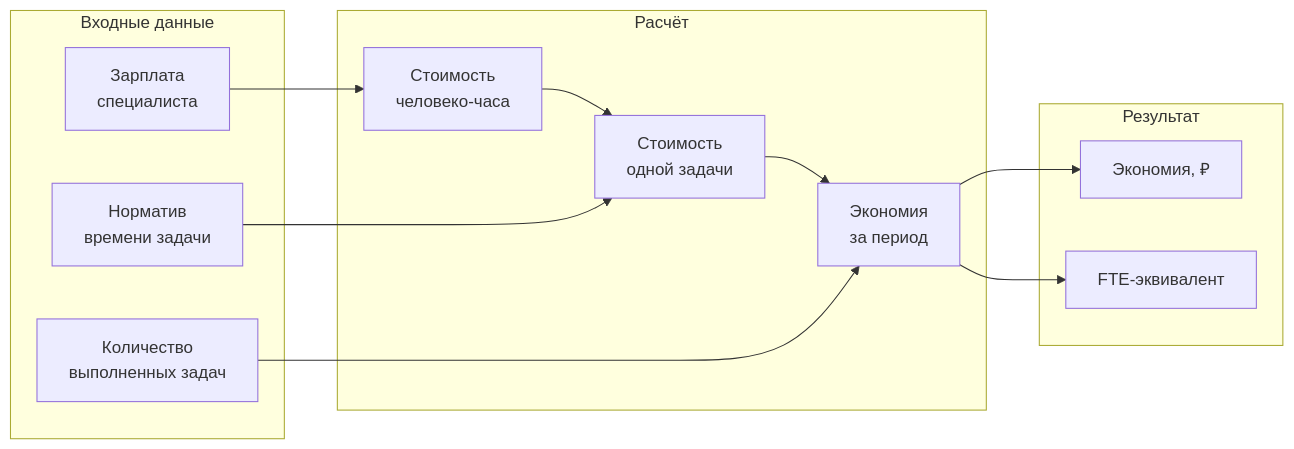
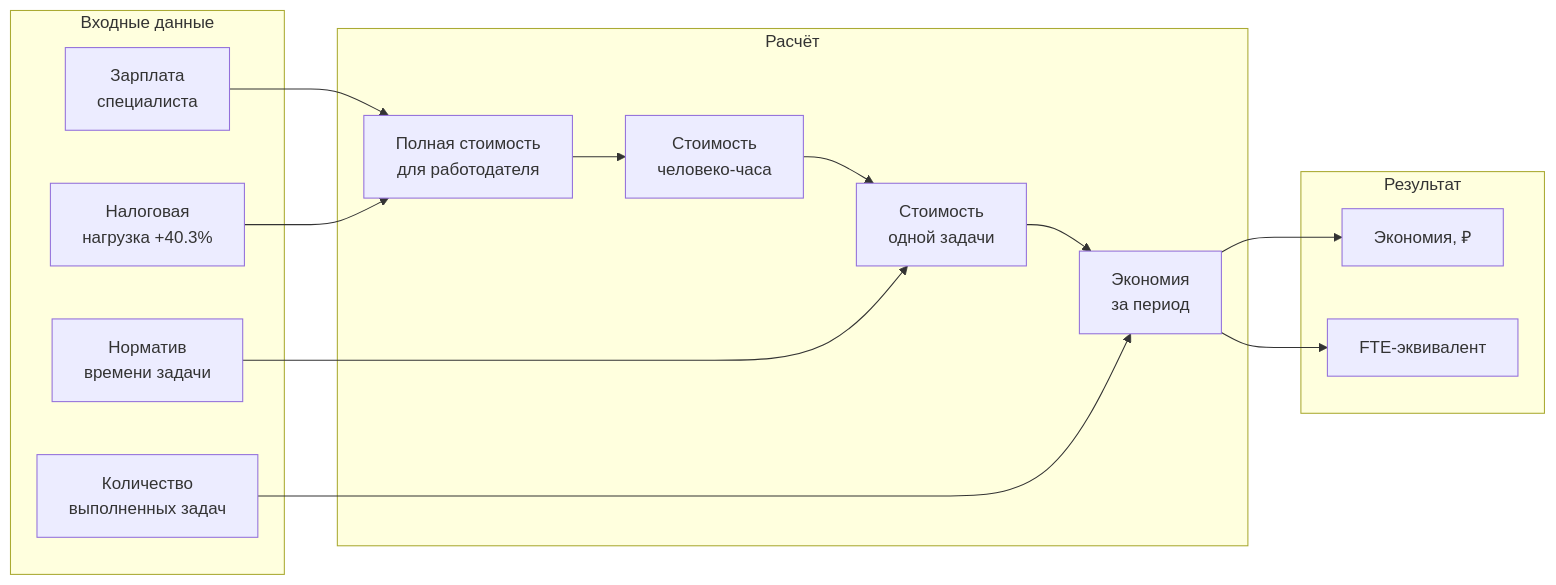
One commit to Sign25/Docs changed the first of 4 diagrams in office/adolf_office_9_efficiency.md. Above: the diagram before and after it, drawn with Mermaid. The commit also changed other lines of this file, not shown here.

Commit message:
Update Office section 9: v1.1 — add tax +40.3%, T_norm +30%

````diff
--- a/office/adolf_office_9_efficiency.md
+++ b/office/adolf_office_9_efficiency.md
@@ -21,27 +22,31 @@
 ```mermaid
 graph LR
     subgraph INPUT["Входные данные"]
         SALARY["Зарплата<br/>специалиста"]
+        TAX["Налоговая<br/>нагрузка +40.3%"]
         NORM["Норматив<br/>времени задачи"]
         COUNT["Количество<br/>выполненных задач"]
     end
 
     subgraph CALC["Расчёт"]
+        FULL_COST["Полная стоимость<br/>для работодателя"]
         HOUR_COST["Стоимость<br/>человеко-часа"]
         TASK_COST["Стоимость<br/>одной задачи"]
         SAVINGS["Экономия<br/>за период"]
     end
 
     subgraph OUTPUT["Результат"]
         RUB["Экономия, ₽"]
         FTE["FTE-эквивалент"]
     end
 
-    SALARY --> HOUR_COST
+    SALARY --> FULL_COST
+    TAX --> FULL_COST
+    FULL_COST --> HOUR_COST
     HOUR_COST --> TASK_COST
     NORM --> TASK_COST
     TASK_COST --> SAVINGS
     COUNT --> SAVINGS
     SAVINGS --> RUB
     SAVINGS --> FTE
 ```
````
